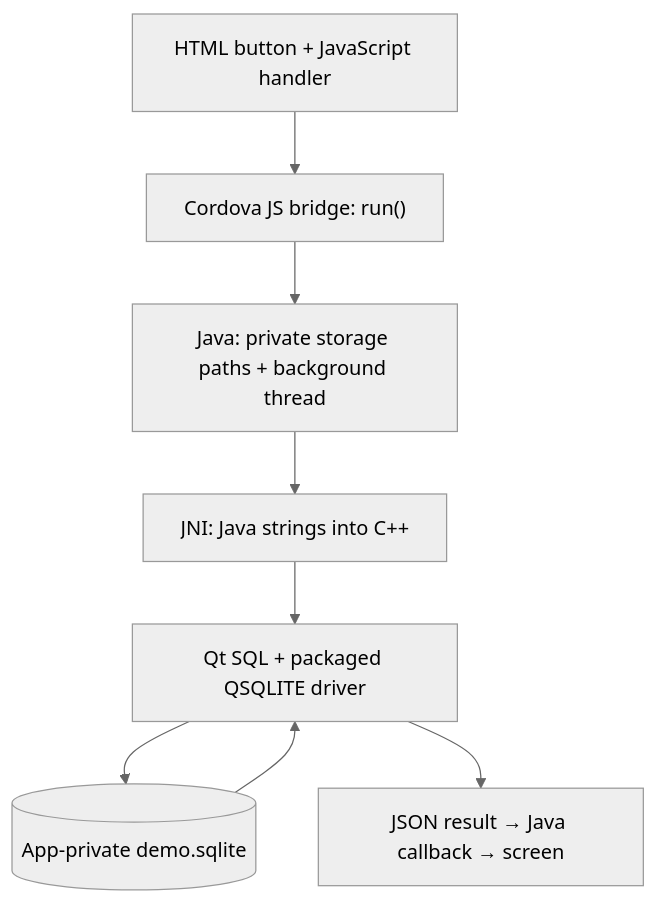
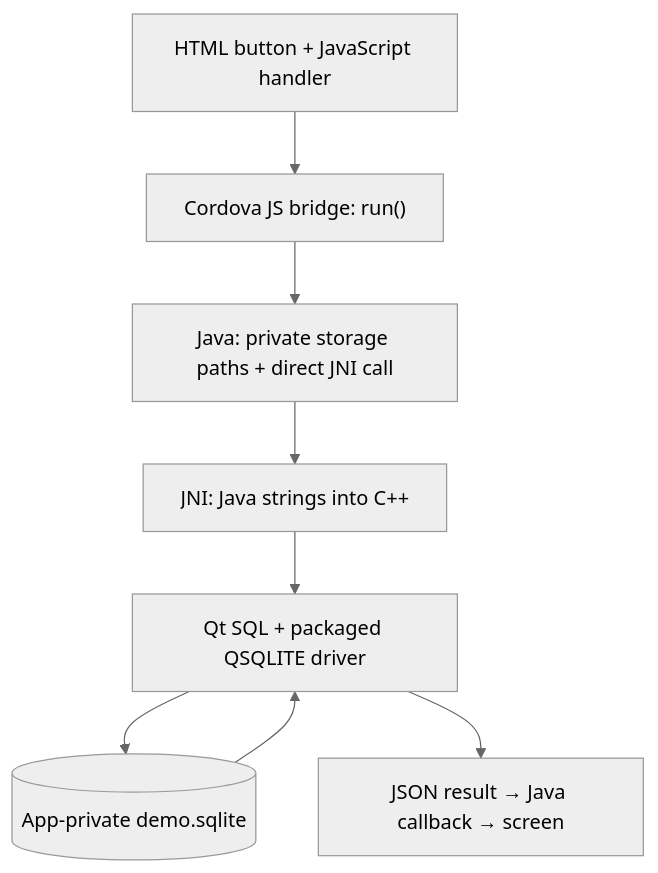
One commit to Thunfischpirat/sqlite-android-poc changed the diagram in README.md. Above: the diagram before and after it, drawn with Mermaid (neutral theme). The commit also changed other lines of this file and 3 other files, not shown here.

````diff
--- a/README.md
+++ b/README.md
@@ -5,10 +5,10 @@
 ```mermaid
 flowchart TD
     UI["HTML button + JavaScript handler"] --> Bridge["Cordova JS bridge: run()"]
-    Bridge --> Java["Java: private storage paths + background thread"]
+    Bridge --> Java["Java: private storage paths + direct JNI call"]
     Java --> JNI["JNI: Java strings into C++"]
     JNI --> Qt["Qt SQL + packaged QSQLITE driver"]
     Qt --> DB[("App-private demo.sqlite")]
     DB --> Qt
     Qt --> Result["JSON result → Java callback → screen"]
 ```
````
